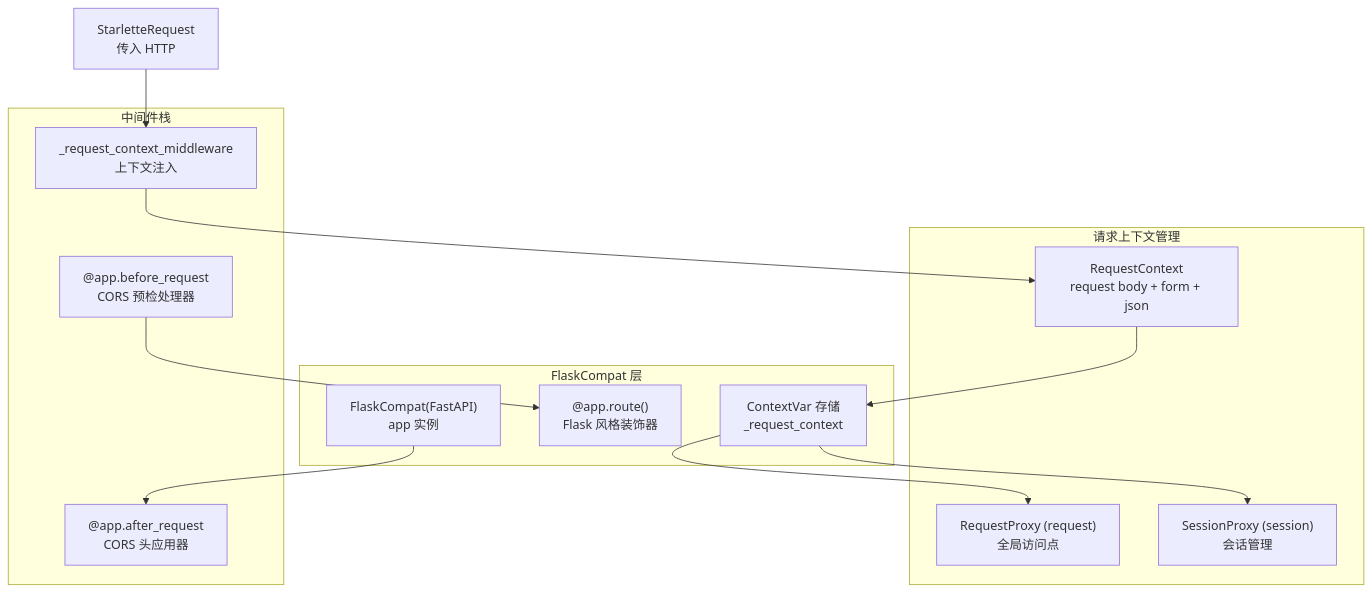
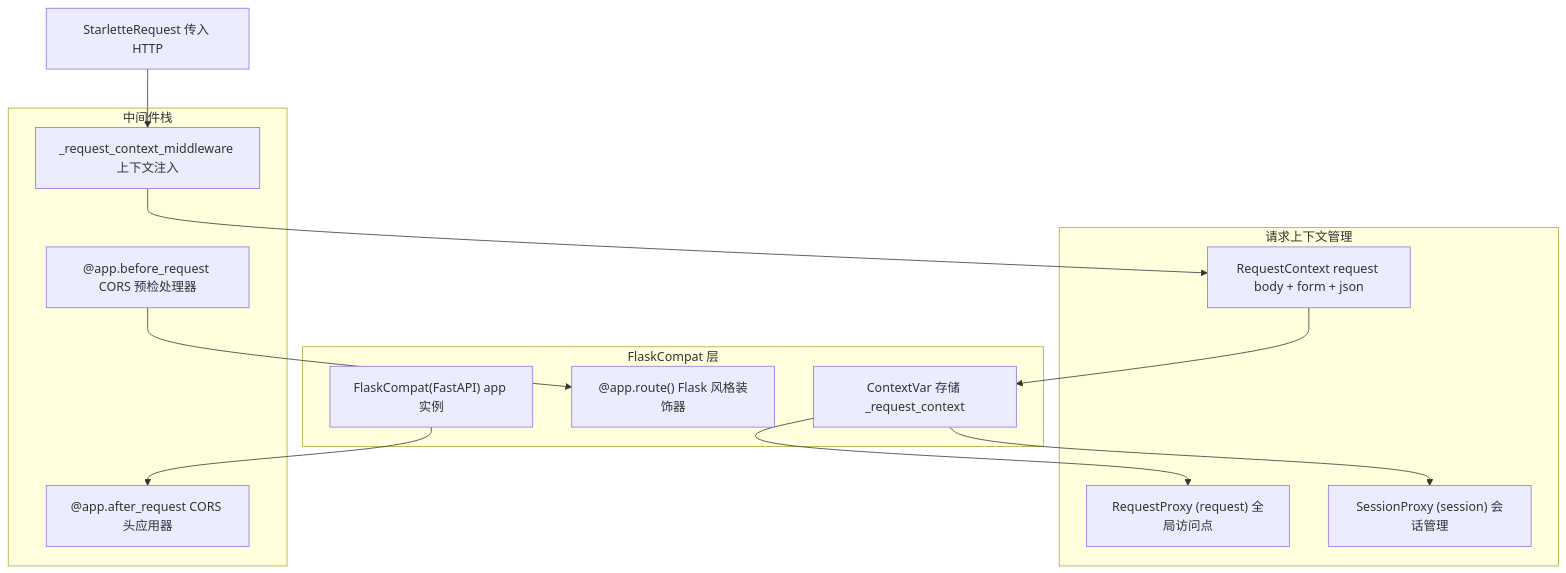
The fourth of 44 diagrams in README.md (HKLHaoBin/LyricSphere), drawn with Mermaid before and after one commit. The commit also changed other lines of this file, not shown here.

Commit message:
docs: 更新README中的流程图文本格式

````diff
--- a/README.md
+++ b/README.md
@@ -513,39 +513,39 @@
 ```mermaid
 flowchart TD
-    StarletteRequest["StarletteRequest\n传入 HTTP"]
-    FlaskCompatClass["FlaskCompat(FastAPI)\napp 实例"]
-    RouteDecorator["@app.route()\nFlask 风格装饰器"]
-    ContextVars["ContextVar 存储\n_request_context"]
-    RequestContext["RequestContext\nrequest body + form + json"]
-    RequestProxy["RequestProxy (request)\n全局访问点"]
-    SessionProxy["SessionProxy (session)\n会话管理"]
-    ContextMiddleware["_request_context_middleware\n上下文注入"]
-    BeforeRequest["@app.before_request\nCORS 预检处理器"]
-    AfterRequest["@app.after_request\nCORS 头应用器"]
+    StarletteRequest["StarletteRequest 传入 HTTP"]
+    FlaskCompatClass["FlaskCompat(FastAPI) app 实例"]
+    RouteDecorator["@app.route() Flask 风格装饰器"]
+    ContextVars["ContextVar 存储 _request_context"]
+    RequestContext["RequestContext request body + form + json"]
+    RequestProxy["RequestProxy (request) 全局访问点"]
+    SessionProxy["SessionProxy (session) 会话管理"]
+    ContextMiddleware["_request_context_middleware 上下文注入"]
+    BeforeRequest["@app.before_request CORS 预检处理器"]
+    AfterRequest["@app.after_request CORS 头应用器"]
 
     StarletteRequest --> ContextMiddleware
     ContextMiddleware --> RequestContext
     RequestContext --> ContextVars
     ContextVars --> RequestProxy
     ContextVars --> SessionProxy
     BeforeRequest --> RouteDecorator
     FlaskCompatClass --> AfterRequest
 
     subgraph MiddlewareStack[中间件栈]
         ContextMiddleware
         BeforeRequest
         AfterRequest
     end
 
     subgraph RequestContextMgmt[请求上下文管理]
         RequestContext
         RequestProxy
         SessionProxy
     end
 
     subgraph FlaskCompatLayer[FlaskCompat 层]
         FlaskCompatClass
         RouteDecorator
         ContextVars
     end
 ```
````
